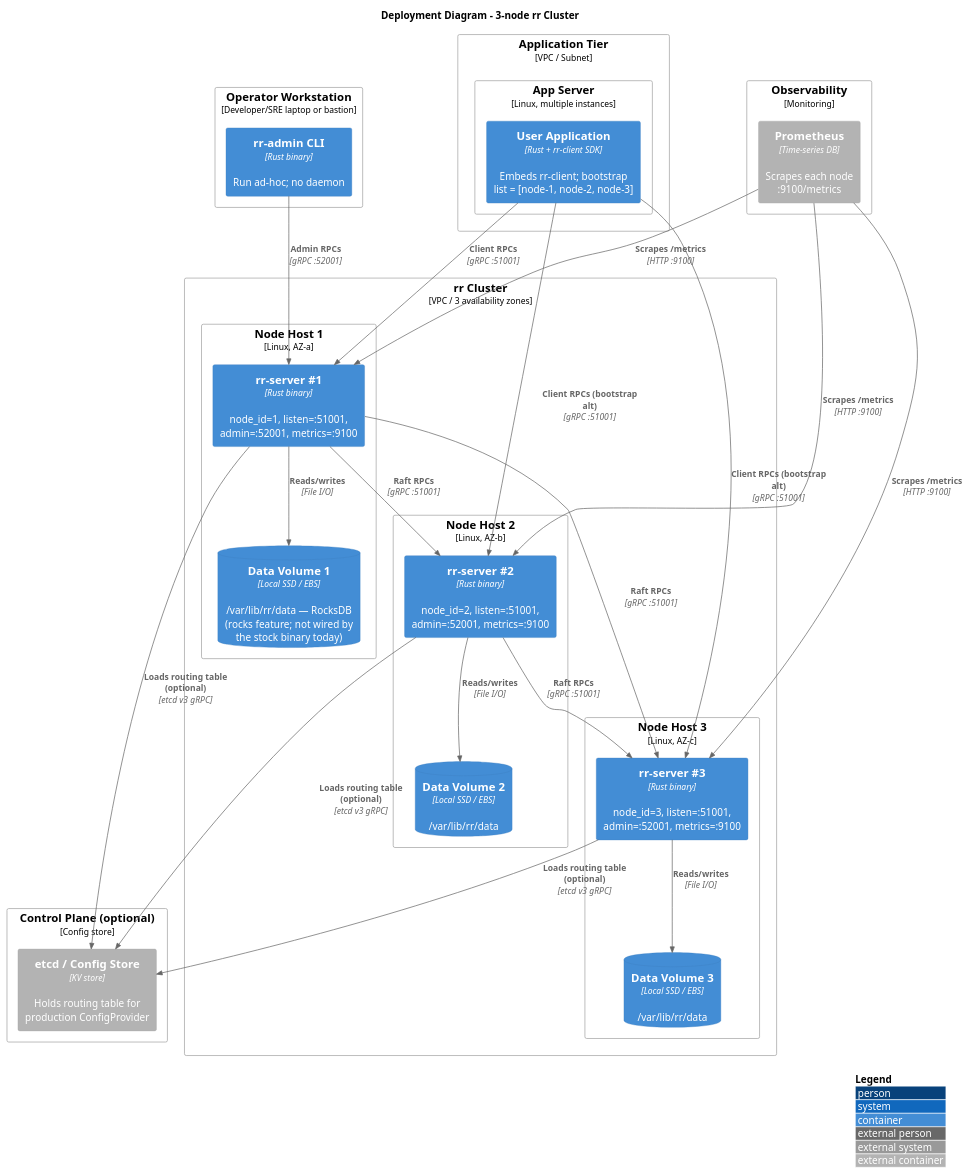
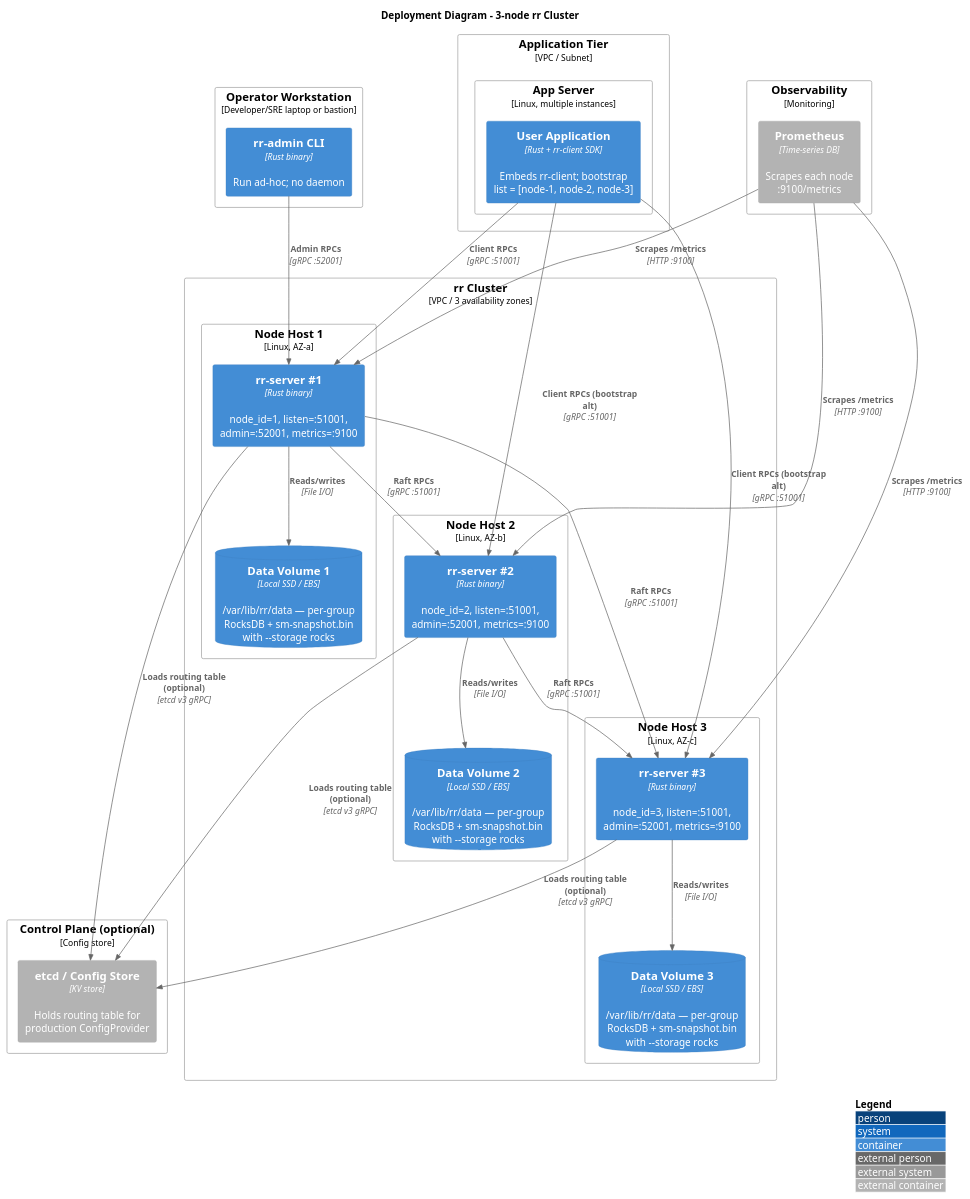
The diagram in docs/docs/architecture/c4/deployment.md (gardenias/rr), drawn with PlantUML before and after one commit. The commit also changed other lines of this file and 130 other files, not shown here.

````diff
--- a/docs/docs/architecture/c4/deployment.md
+++ b/docs/docs/architecture/c4/deployment.md
@@ -15,64 +16,64 @@
 ```plantuml
 @startuml
 !include <C4/C4_Deployment.puml>
 
 title Deployment Diagram - 3-node rr Cluster
 
 Deployment_Node(client_zone, "Application Tier", "VPC / Subnet") {
   Deployment_Node(app_host, "App Server", "Linux, multiple instances") {
     Container(user_app, "User Application", "Rust + rr-client SDK", "Embeds rr-client; bootstrap list = [node-1, node-2, node-3]")
   }
 }
 
 Deployment_Node(ops_zone, "Operator Workstation", "Developer/SRE laptop or bastion") {
   Container(admin_cli, "rr-admin CLI", "Rust binary", "Run ad-hoc; no daemon")
 }
 
 Deployment_Node(cluster_zone, "rr Cluster", "VPC / 3 availability zones") {
   Deployment_Node(host1, "Node Host 1", "Linux, AZ-a") {
     Container(rr1, "rr-server #1", "Rust binary", "node_id=1, listen=:51001, admin=:52001, metrics=:9100")
-    ContainerDb(disk1, "Data Volume 1", "Local SSD / EBS", "/var/lib/rr/data — RocksDB (rocks feature; not wired by the stock binary today)")
+    ContainerDb(disk1, "Data Volume 1", "Local SSD / EBS", "/var/lib/rr/data — per-group RocksDB + sm-snapshot.bin with --storage rocks")
   }
   Deployment_Node(host2, "Node Host 2", "Linux, AZ-b") {
     Container(rr2, "rr-server #2", "Rust binary", "node_id=2, listen=:51001, admin=:52001, metrics=:9100")
-    ContainerDb(disk2, "Data Volume 2", "Local SSD / EBS", "/var/lib/rr/data")
+    ContainerDb(disk2, "Data Volume 2", "Local SSD / EBS", "/var/lib/rr/data — per-group RocksDB + sm-snapshot.bin with --storage rocks")
   }
   Deployment_Node(host3, "Node Host 3", "Linux, AZ-c") {
     Container(rr3, "rr-server #3", "Rust binary", "node_id=3, listen=:51001, admin=:52001, metrics=:9100")
-    ContainerDb(disk3, "Data Volume 3", "Local SSD / EBS", "/var/lib/rr/data")
+    ContainerDb(disk3, "Data Volume 3", "Local SSD / EBS", "/var/lib/rr/data — per-group RocksDB + sm-snapshot.bin with --storage rocks")
   }
 }
 
 Deployment_Node(obs_zone, "Observability", "Monitoring") {
   Container_Ext(prometheus, "Prometheus", "Time-series DB", "Scrapes each node :9100/metrics")
 }
 
 Deployment_Node(cfg_zone, "Control Plane (optional)", "Config store") {
   Container_Ext(etcd, "etcd / Config Store", "KV store", "Holds routing table for production ConfigProvider")
 }
 
 Rel(user_app, rr1, "Client RPCs", "gRPC :51001")
 Rel(user_app, rr2, "Client RPCs (bootstrap alt)", "gRPC :51001")
 Rel(user_app, rr3, "Client RPCs (bootstrap alt)", "gRPC :51001")
 
 Rel(admin_cli, rr1, "Admin RPCs", "gRPC :52001")
 
 Rel(rr1, rr2, "Raft RPCs", "gRPC :51001")
 Rel(rr1, rr3, "Raft RPCs", "gRPC :51001")
 Rel(rr2, rr3, "Raft RPCs", "gRPC :51001")
 
 Rel(rr1, disk1, "Reads/writes", "File I/O")
 Rel(rr2, disk2, "Reads/writes", "File I/O")
 Rel(rr3, disk3, "Reads/writes", "File I/O")
 
 Rel(prometheus, rr1, "Scrapes /metrics", "HTTP :9100")
 Rel(prometheus, rr2, "Scrapes /metrics", "HTTP :9100")
 Rel(prometheus, rr3, "Scrapes /metrics", "HTTP :9100")
 
 Rel(rr1, etcd, "Loads routing table (optional)", "etcd v3 gRPC")
 Rel(rr2, etcd, "Loads routing table (optional)", "etcd v3 gRPC")
 Rel(rr3, etcd, "Loads routing table (optional)", "etcd v3 gRPC")
 
 LAYOUT_WITH_LEGEND()
 @enduml
 ```
````
